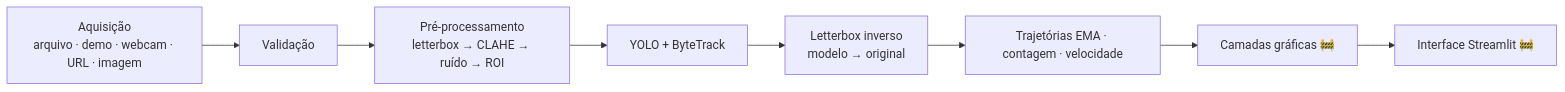
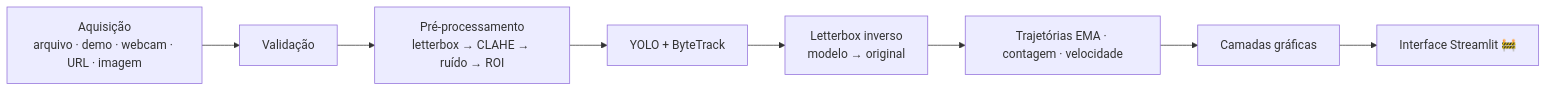
One commit to LuisHenrique1523/FluxoVC changed the diagram in docs/pipeline.md. Above: the diagram before and after it, drawn with Mermaid. The commit also changed other lines of this file and 8 other files, not shown here.

````diff
--- a/docs/pipeline.md
+++ b/docs/pipeline.md
@@ -5,10 +5,10 @@
 ```mermaid
 flowchart LR
     A[Aquisição<br/>arquivo · demo · webcam · URL · imagem] --> B[Validação]
     B --> C[Pré-processamento<br/>letterbox → CLAHE → ruído → ROI]
     C --> D[YOLO + ByteTrack]
     D --> E[Letterbox inverso<br/>modelo → original]
     E --> F[Trajetórias EMA · contagem · velocidade]
-    F --> G[Camadas gráficas 🚧]
+    F --> G[Camadas gráficas]
     G --> H[Interface Streamlit 🚧]
 ```
````
